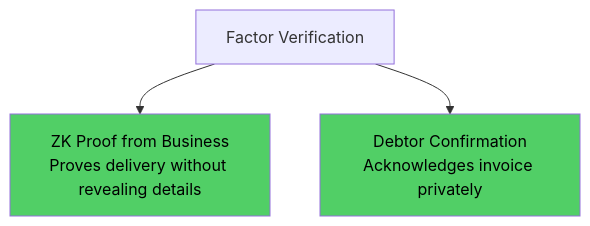
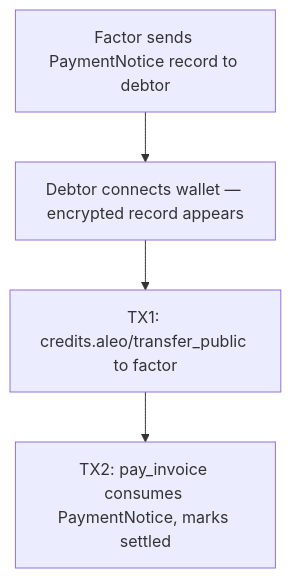
The third of 3 diagrams in docs/PRD.md (imajus/zk-factor), drawn with Mermaid before and after one commit. The commit also changed other lines of this file and 14 other files, not shown here.

Commit message:
feat: use private records owned directly by the debtor's address for encrypted on-chain invoice obligations + update docs

````diff
--- a/docs/PRD.md
+++ b/docs/PRD.md
@@ -155,12 +164,9 @@
 ```mermaid
 flowchart TD
-    A[Factor Verification]
-    B[ZK Proof from Business<br/>Proves delivery without revealing details]
-    C[Debtor Confirmation<br/>Acknowledges invoice privately]
+    A[Factor sends PaymentNotice record to debtor]
+    B[Debtor connects wallet — encrypted record appears]
+    C[TX1: credits.aleo/transfer_public to factor]
+    D[TX2: pay_invoice consumes PaymentNotice, marks settled]
 
-    A --> B
-    A --> C
-
-    style B fill:#51cf66,color:#000000
-    style C fill:#51cf66,color:#000000
+    A --> B --> C --> D
 ```
````
